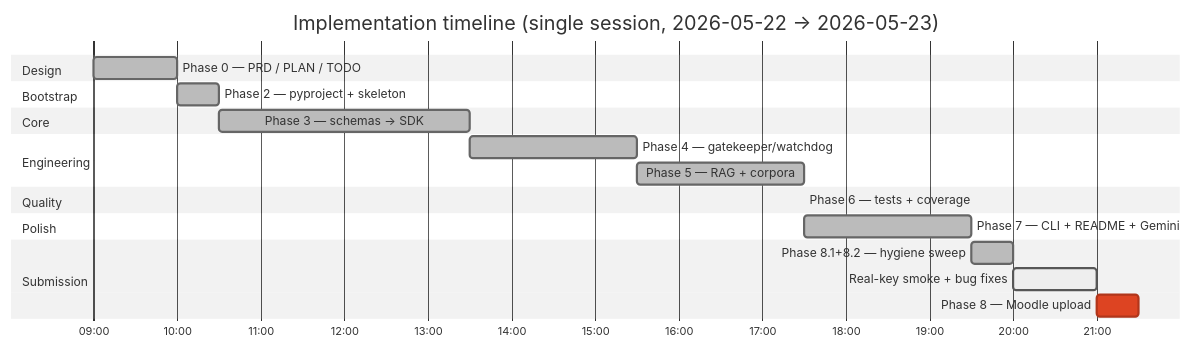
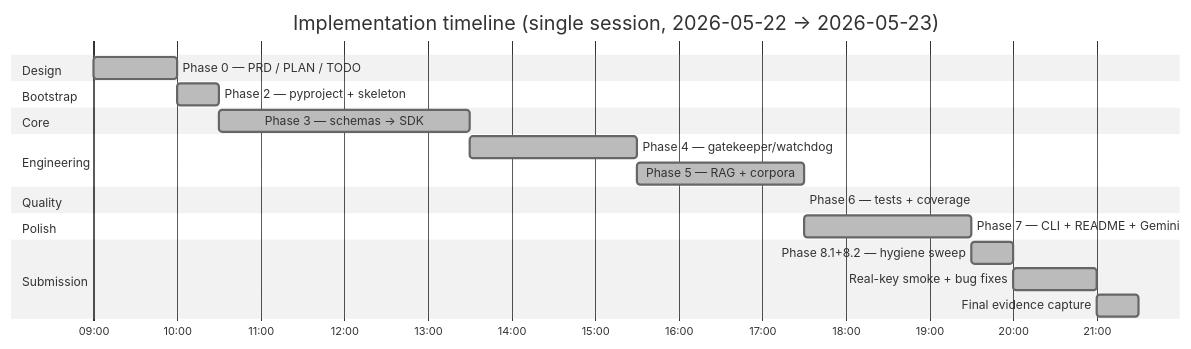
One commit to SharbelMaroun/AI-Agent-Orchestration-HW2 changed the third of 3 diagrams in README.md. Above: the diagram before and after it, drawn with Mermaid (neutral theme). The commit also changed other lines of this file and 20 other files, not shown here.

````diff
--- a/README.md
+++ b/README.md
@@ -461,24 +488,24 @@
 ```mermaid
 gantt
     title Implementation timeline (single session, 2026-05-22 → 2026-05-23)
     dateFormat HH:mm
     axisFormat %H:%M
 
     section Design
     Phase 0 — PRD / PLAN / TODO     :done, p0, 09:00, 1h
     section Bootstrap
     Phase 2 — pyproject + skeleton  :done, p2, after p0, 30m
     section Core
     Phase 3 — schemas → SDK         :done, p3, after p2, 3h
     section Engineering
     Phase 4 — gatekeeper/watchdog   :done, p4, after p3, 2h
     Phase 5 — RAG + corpora         :done, p5, after p4, 2h
     section Quality
     Phase 6 — tests + coverage      :done, p6, after p5, 1h30m
     section Polish
     Phase 7 — CLI + README + Gemini :done, p7, after p6, 2h
     section Submission
     Phase 8.1+8.2 — hygiene sweep   :done, p8, after p7, 30m
-    Real-key smoke + bug fixes      :active, smoke, after p8, 1h
-    Phase 8 — Moodle upload         :crit, sub, after smoke, 30m
+    Real-key smoke + bug fixes      :done, smoke, after p8, 1h
+    Final evidence capture          :done, evidence, after smoke, 30m
 ```
````
